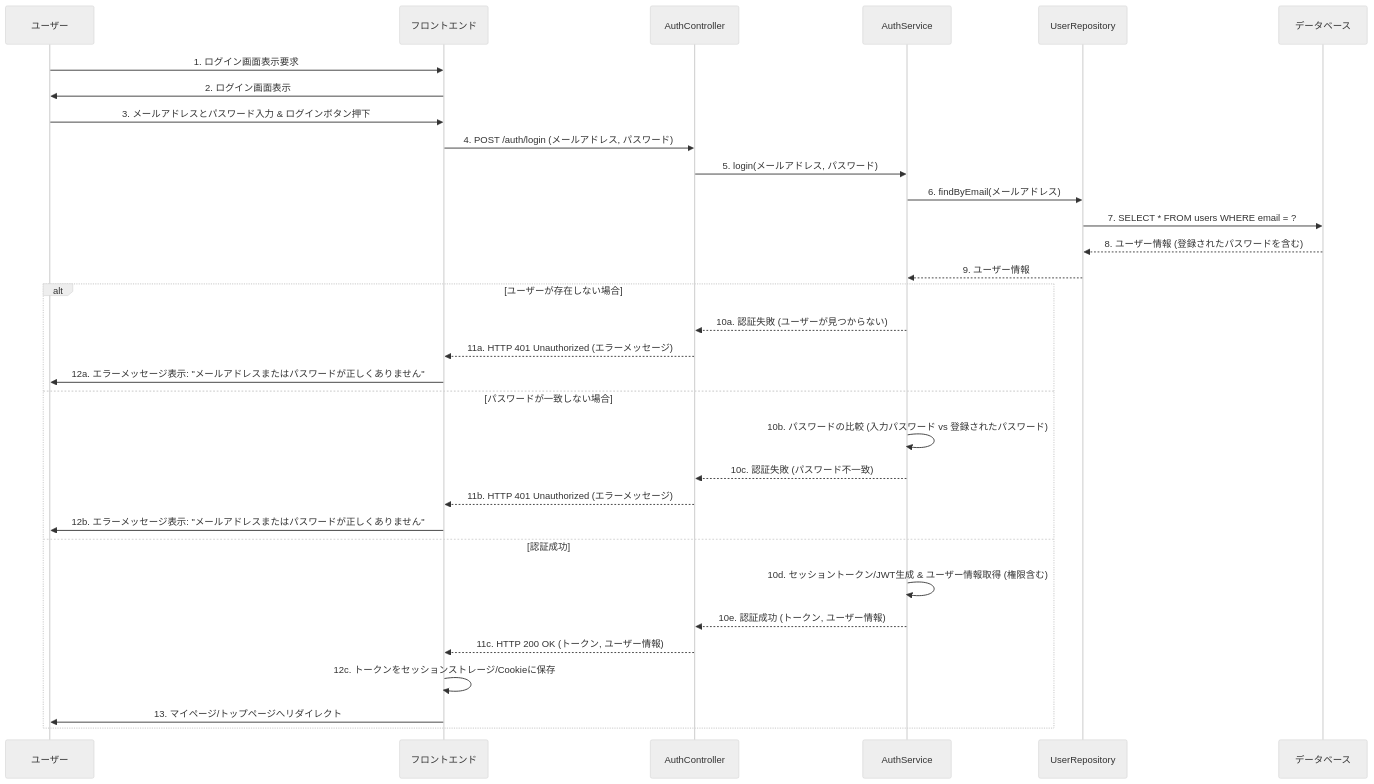
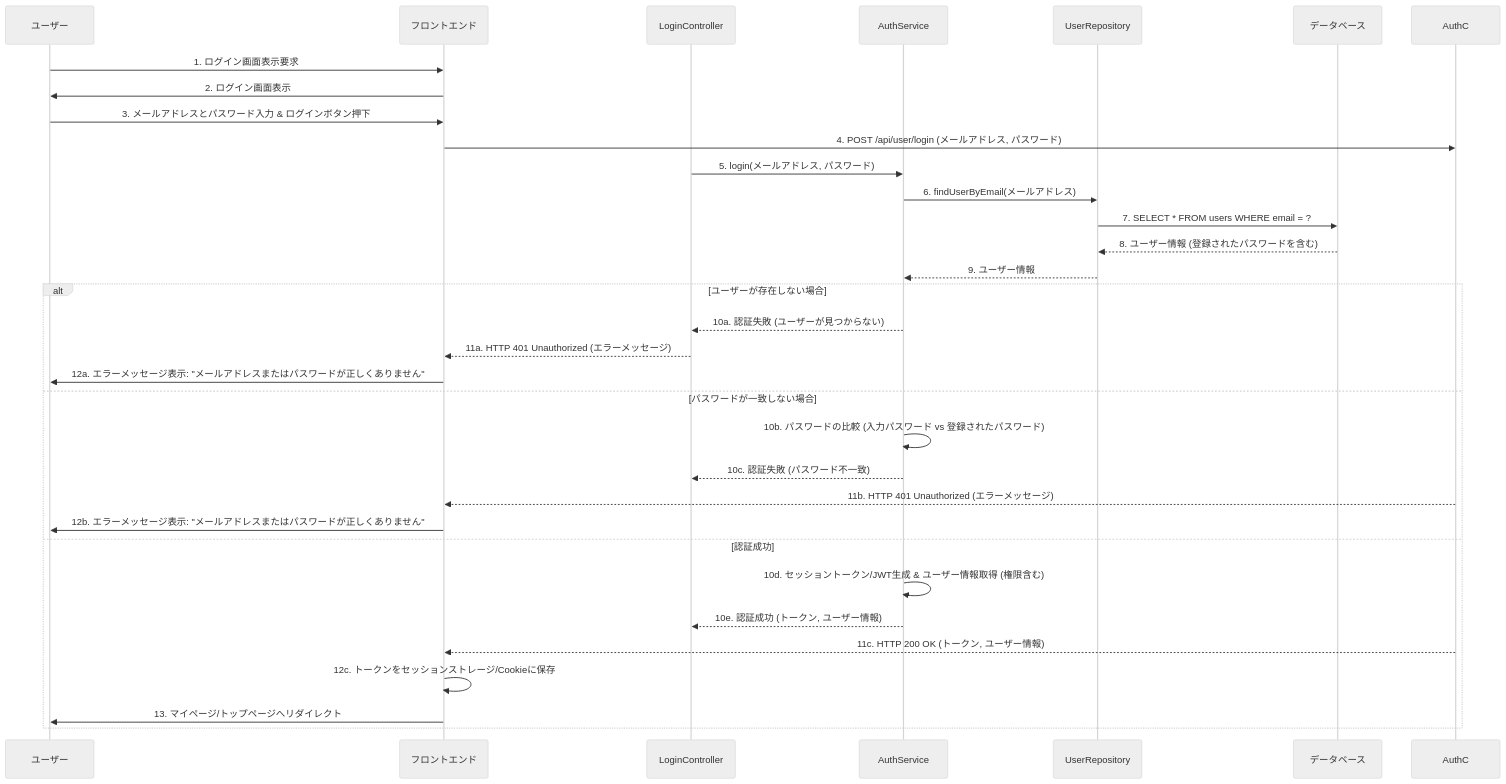
The eighth of 13 diagrams in 詳細設計/詳細設計.md (Hinako-Kimura127/neko), drawn with Mermaid (neutral theme) before and after one commit. The commit also changed other lines of this file, not shown here.

````diff
--- a/詳細設計/詳細設計.md
+++ b/詳細設計/詳細設計.md
@@ -327,37 +327,37 @@
 ```mermaid
 sequenceDiagram
     participant User as ユーザー
     participant FE as フロントエンド
-    participant AuthC as AuthController
+    participant LogC as LoginController
     participant AuthS as AuthService
     participant UserR as UserRepository
     participant DB as データベース
  
     User->>FE: 1. ログイン画面表示要求
     FE->>User: 2. ログイン画面表示
     User->>FE: 3. メールアドレスとパスワード入力 & ログインボタン押下
-    FE->>AuthC: 4. POST /auth/login (メールアドレス, パスワード)
+    FE->>AuthC: 4. POST /api/user/login (メールアドレス, パスワード)
  
-    AuthC->>AuthS: 5. login(メールアドレス, パスワード)
-    AuthS->>UserR: 6. findByEmail(メールアドレス)
+    LogC->>AuthS: 5. login(メールアドレス, パスワード)
+    AuthS->>UserR: 6. findUserByEmail(メールアドレス)
     UserR->>DB: 7. SELECT * FROM users WHERE email = ?
     DB-->>UserR: 8. ユーザー情報 (登録されたパスワードを含む)
     UserR-->>AuthS: 9. ユーザー情報
  
     alt ユーザーが存在しない場合
-        AuthS-->>AuthC: 10a. 認証失敗 (ユーザーが見つからない)
-        AuthC-->>FE: 11a. HTTP 401 Unauthorized (エラーメッセージ)
+        AuthS-->>LogC: 10a. 認証失敗 (ユーザーが見つからない)
+        LogC-->>FE: 11a. HTTP 401 Unauthorized (エラーメッセージ)
         FE->>User: 12a. エラーメッセージ表示: "メールアドレスまたはパスワードが正しくありません"
     else パスワードが一致しない場合
         AuthS->>AuthS: 10b. パスワードの比較 (入力パスワード vs 登録されたパスワード)
-        AuthS-->>AuthC: 10c. 認証失敗 (パスワード不一致)
+        AuthS-->>LogC: 10c. 認証失敗 (パスワード不一致)
         AuthC-->>FE: 11b. HTTP 401 Unauthorized (エラーメッセージ)
         FE->>User: 12b. エラーメッセージ表示: "メールアドレスまたはパスワードが正しくありません"
     else 認証成功
         AuthS->>AuthS: 10d. セッショントークン/JWT生成 & ユーザー情報取得 (権限含む)
-        AuthS-->>AuthC: 10e. 認証成功 (トークン, ユーザー情報)
+        AuthS-->>LogC: 10e. 認証成功 (トークン, ユーザー情報)
         AuthC-->>FE: 11c. HTTP 200 OK (トークン, ユーザー情報)
         FE->>FE: 12c. トークンをセッションストレージ/Cookieに保存
         FE->>User: 13. マイページ/トップページへリダイレクト
     end
 ```
````
